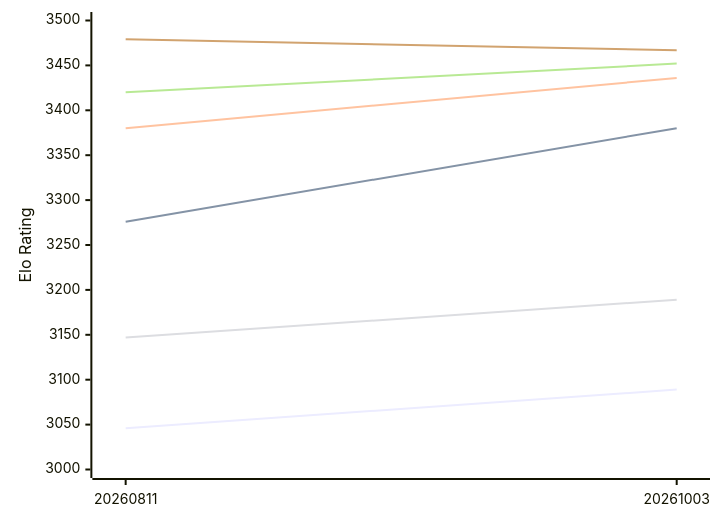
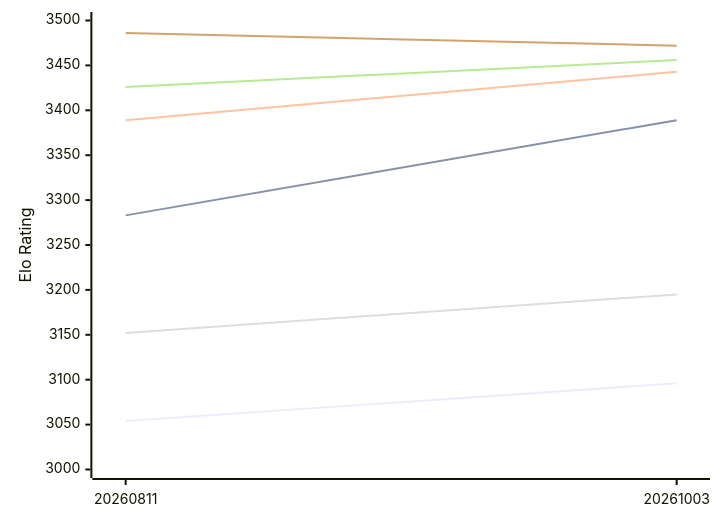
One commit to computer-chess-index/cci changed the first of 2 diagrams in engines/Askaig.md. Above: the diagram before and after it, drawn with Mermaid. The commit also changed other lines of this file, not shown here.

Commit message:
Update CCI Ratings (ELO VLTC) - 2026-11-03

````diff
--- a/engines/Askaig.md
+++ b/engines/Askaig.md
@@ -52,12 +52,12 @@
 ```mermaid
 %%{init: {"theme":"base","themeVariables":{"seriesColors:['#a3a3a3','#222221','#faa371']}}}%%
 xychart-beta
   x-axis ["20260811", "20261003"]
   y-axis "Elo Rating" 3000 --> 3500
-  line "E1: STC (8.0+0.08s)" [3046, 3089]
-  line "E1: LTC (60.0+0.60s)" [3276, 3380]
-  line "E1: VLTC (2m24s+1.12s)" [3380, 3436]
-  line "P1: STC (8.0+0.08s)" [3147, 3189]
-  line "P1: LTC (60.0+0.60s)" [3420, 3452]
-  line "P1: VLTC (2m24s+1.12s)" [3479, 3467]
+  line "E1: STC (8.0+0.08s)" [3054, 3096]
+  line "E1: LTC (60.0+0.60s)" [3283, 3389]
+  line "E1: VLTC (2m24s+1.12s)" [3389, 3443]
+  line "P1: STC (8.0+0.08s)" [3152, 3195]
+  line "P1: LTC (60.0+0.60s)" [3426, 3456]
+  line "P1: VLTC (2m24s+1.12s)" [3486, 3472]
 ```
````
